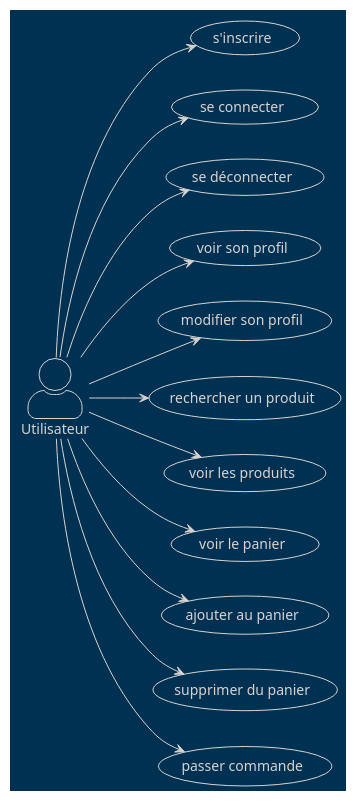
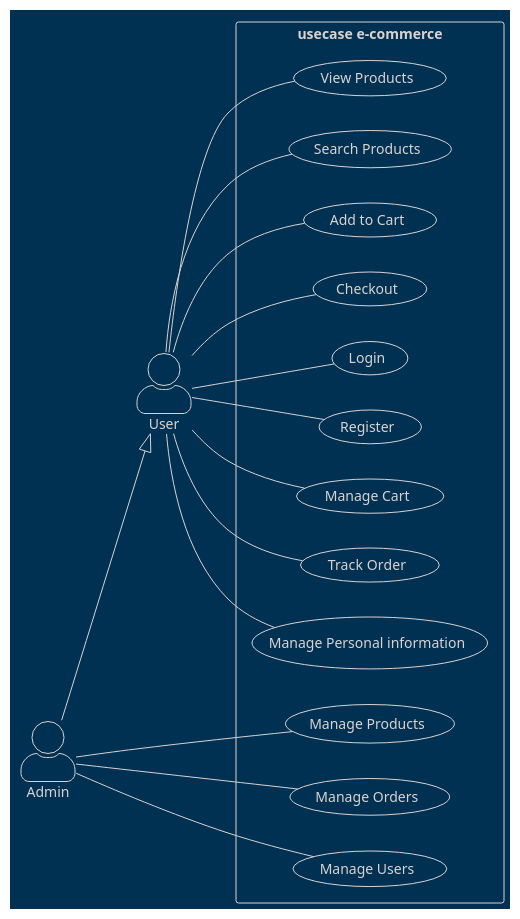
The diagram in diagram/useCase/user.wsd (Pixeloceax/HarmonyHeaven), drawn with PlantUML before and after one commit. The commit also changed 1 other file, not shown here.

Commit message:
fix(usecase): merge admin & user

```diff
--- a/diagram/useCase/user.wsd
+++ b/diagram/useCase/user.wsd
@@ -1,33 +1,41 @@
-@startuml useCase user
+@startuml usecase e-commerce
+left to right direction
+skinparam actorStyle awesome
 !theme blueprint
+actor User as U
+actor Admin as A
 
-skinparam actorStyle awesome
+rectangle "usecase e-commerce" {
 
-actor Utilisateur as User
-left to right direction
+    usecase "View Products" as UC1
+    usecase "Search Products" as UC2
+    usecase "Add to Cart" as UC3
+    usecase "Checkout" as UC4
+    usecase "Login" as UC5
+    usecase "Register" as UC6
+    usecase "Manage Cart" as UC7
+    usecase "Track Order" as UC8
+    usecase "Manage Personal information" as UC9
 
-usecase "s'inscrire" as register
-usecase "se connecter" as login
-usecase "se déconnecter" as logout
-usecase "voir son profil" as seeProfile
-usecase "modifier son profil" as editProfile
-usecase "rechercher un produit" as searchProduct
-usecase "voir les produits" as seeProducts
-usecase "voir le panier" as seeCart
-usecase "ajouter au panier" as addToCart
-usecase "supprimer du panier" as removeFromCart
-usecase "passer commande" as order
+    usecase "Manage Products" as UCA1
+    usecase "Manage Orders" as UCA2
+    usecase "Manage Users" as UCA3
 
-User --> register
-User --> login
-User --> logout
-User --> seeProfile
-User --> editProfile
-User --> searchProduct
-User --> seeProducts
-User --> seeCart
-User --> addToCart
-User --> removeFromCart
-User --> order
+    U -- UC1
+    U -- UC2
+    U -- UC3
+    U -- UC4
+    U -- UC5
+    U -- UC6
+    U -- UC7
+    U -- UC8
+    U -- UC9
+  
+    A --|> U 
+
+    A -- UCA1
+    A -- UCA2
+    A -- UCA3
+}
 
 @enduml
```
